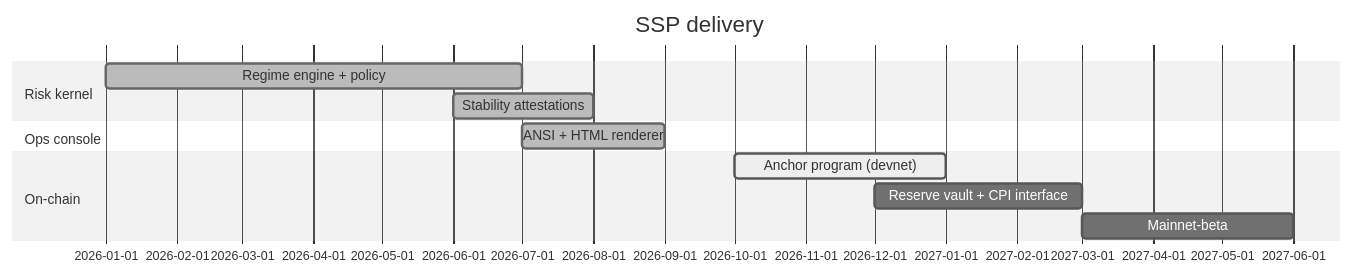
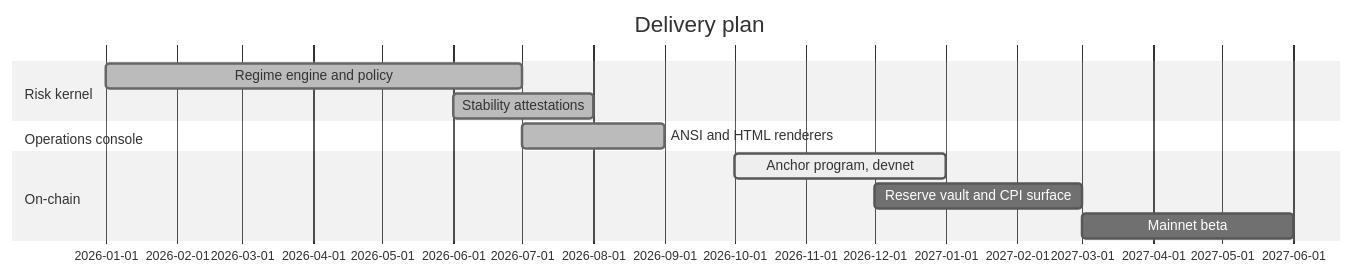
One commit to cioffivictor/solana-ssp-protocol changed the seventh of 7 diagrams in README.md. Above: the diagram before and after it, drawn with Mermaid (neutral theme). The commit also changed other lines of this file, not shown here.

````diff
--- a/README.md
+++ b/README.md
@@ -393,14 +430,14 @@
 ```mermaid
 gantt
-    title SSP delivery
+    title Delivery plan
     dateFormat YYYY-MM
     section Risk kernel
-    Regime engine + policy        :done,   2026-01, 2026-07
+    Regime engine and policy      :done,   2026-01, 2026-07
     Stability attestations        :done,   2026-06, 2026-08
-    section Ops console
-    ANSI + HTML renderer          :done,   2026-07, 2026-09
+    section Operations console
+    ANSI and HTML renderers       :done,   2026-07, 2026-09
     section On-chain
-    Anchor program (devnet)       :active, 2026-10, 2027-01
-    Reserve vault + CPI interface :        2026-12, 2027-03
-    Mainnet-beta                  :        2027-03, 2027-06
+    Anchor program, devnet        :active, 2026-10, 2027-01
+    Reserve vault and CPI surface :        2026-12, 2027-03
+    Mainnet beta                  :        2027-03, 2027-06
 ```
````
